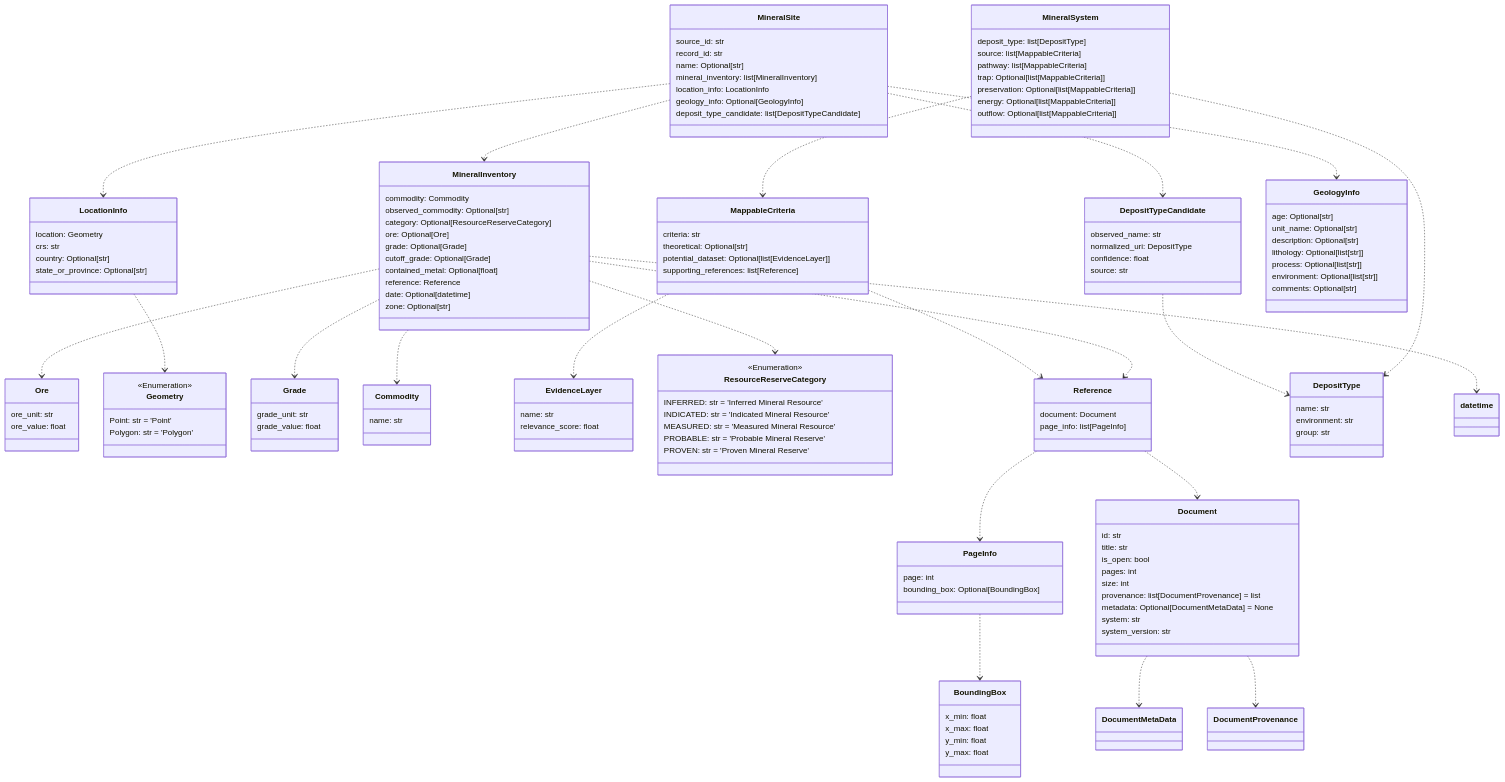
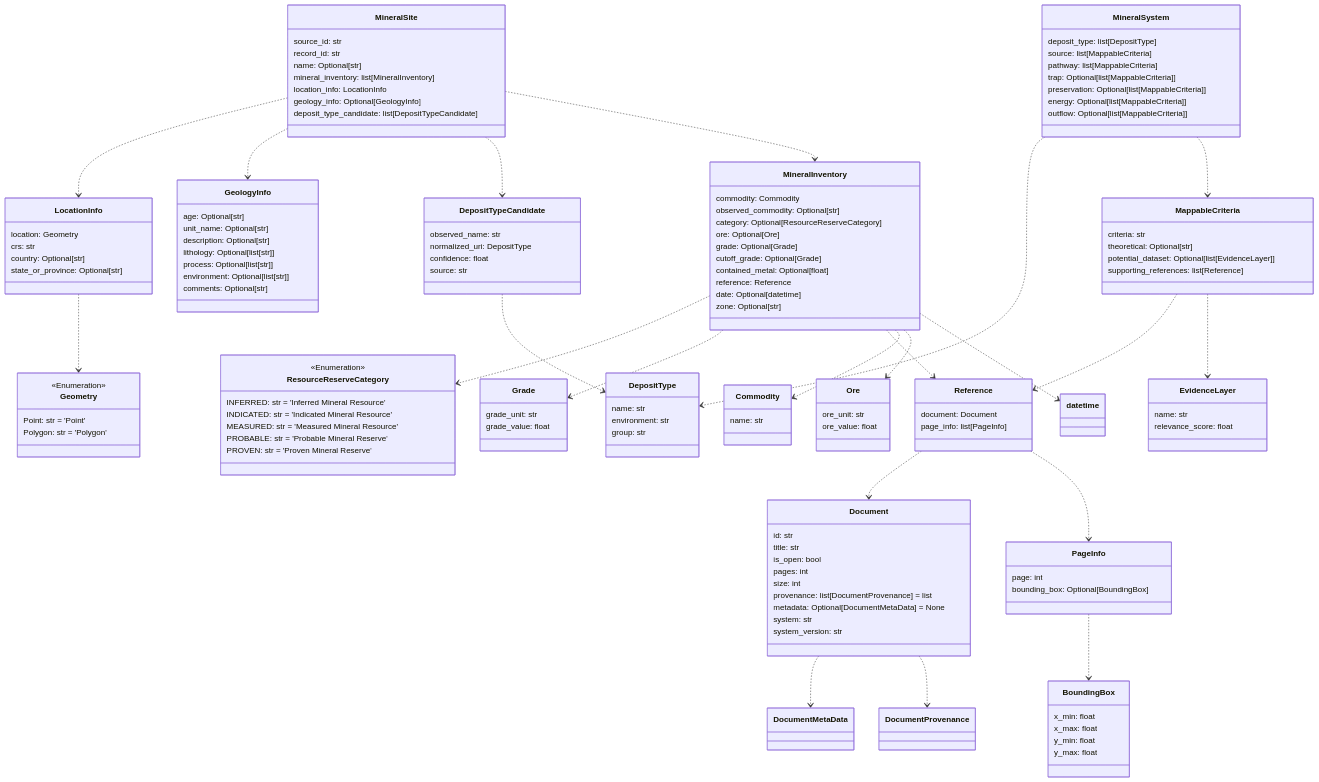
Before and after one commit to DARPA-CRITICALMAAS/cdr_schemas: the tenth of 12 diagrams in README.md, drawn with Mermaid. The commit also changed other lines of this file and 2 other files, not shown here.

````diff
--- a/README.md
+++ b/README.md
@@ -658,69 +659,5 @@
 ```mermaid
 classDiagram
-
-    class MineralSite {
-        source_id: str
-        record_id: str
-        name: Optional[str]
-        mineral_inventory: list[MineralInventory]
-        location_info: LocationInfo
-        geology_info: Optional[GeologyInfo]
-        deposit_type_candidate: list[DepositTypeCandidate]
-    }
-
-    class MappableCriteria {
-        criteria: str
-        theoretical: Optional[str]
-        potential_dataset: Optional[list[EvidenceLayer]]
-        supporting_references: list[Reference]
-    }
-
-    class Ore {
-        ore_unit: str
-        ore_value: float
-    }
-
-    class Geometry {
-        <<Enumeration>>
-        Point: str = 'Point'
-        Polygon: str = 'Polygon'
-    }
-
-    class Grade {
-        grade_unit: str
-        grade_value: float
-    }
-
-    class Commodity {
-        name: str
-    }
-
-    class DepositTypeCandidate {
-        observed_name: str
-        normalized_uri: DepositType
-        confidence: float
-        source: str
-    }
-
-    class MineralSystem {
-        deposit_type: list[DepositType]
-        source: list[MappableCriteria]
-        pathway: list[MappableCriteria]
-        trap: Optional[list[MappableCriteria]]
-        preservation: Optional[list[MappableCriteria]]
-        energy: Optional[list[MappableCriteria]]
-        outflow: Optional[list[MappableCriteria]]
-    }
-
-    class EvidenceLayer {
-        name: str
-        relevance_score: float
-    }
-
-    class PageInfo {
-        page: int
-        bounding_box: Optional[BoundingBox]
-    }
 
     class Document {
         id: str
@@ -732,6 +669,24 @@
         metadata: Optional[DocumentMetaData] = None
         system: str
         system_version: str
+    }
+
+    class Reference {
+        document: Document
+        page_info: list[PageInfo]
+    }
+
+    class Geometry {
+        <<Enumeration>>
+        Point: str = 'Point'
+        Polygon: str = 'Polygon'
+    }
+
+    class BoundingBox {
+        x_min: float
+        x_max: float
+        y_min: float
+        y_max: float
     }
 
     class MineralInventory {
@@ -747,6 +702,16 @@
         zone: Optional[str]
     }
 
+    class MineralSite {
+        source_id: str
+        record_id: str
+        name: Optional[str]
+        mineral_inventory: list[MineralInventory]
+        location_info: LocationInfo
+        geology_info: Optional[GeologyInfo]
+        deposit_type_candidate: list[DepositTypeCandidate]
+    }
+
     class ResourceReserveCategory {
         <<Enumeration>>
         INFERRED: str = 'Inferred Mineral Resource'
@@ -756,16 +721,19 @@
         PROVEN: str = 'Proven Mineral Reserve'
     }
 
-    class BoundingBox {
-        x_min: float
-        x_max: float
-        y_min: float
-        y_max: float
+    class EvidenceLayer {
+        name: str
+        relevance_score: float
     }
 
-    class Reference {
-        document: Document
-        page_info: list[PageInfo]
+    class MineralSystem {
+        deposit_type: list[DepositType]
+        source: list[MappableCriteria]
+        pathway: list[MappableCriteria]
+        trap: Optional[list[MappableCriteria]]
+        preservation: Optional[list[MappableCriteria]]
+        energy: Optional[list[MappableCriteria]]
+        outflow: Optional[list[MappableCriteria]]
     }
 
     class LocationInfo {
@@ -773,12 +741,6 @@
         crs: str
         country: Optional[str]
         state_or_province: Optional[str]
-    }
-
-    class DepositType {
-        name: str
-        environment: str
-        group: str
     }
 
     class GeologyInfo {
@@ -791,27 +753,66 @@
         comments: Optional[str]
     }
 
+    class DepositTypeCandidate {
+        observed_name: str
+        normalized_uri: DepositType
+        confidence: float
+        source: str
+    }
+
+    class Ore {
+        ore_unit: str
+        ore_value: float
+    }
+
+    class PageInfo {
+        page: int
+        bounding_box: Optional[BoundingBox]
+    }
+
+    class DepositType {
+        name: str
+        environment: str
+        group: str
+    }
+
+    class Grade {
+        grade_unit: str
+        grade_value: float
+    }
+
+    class Commodity {
+        name: str
+    }
+
+    class MappableCriteria {
+        criteria: str
+        theoretical: Optional[str]
+        potential_dataset: Optional[list[EvidenceLayer]]
+        supporting_references: list[Reference]
+    }
+
     Document ..> DocumentMetaData
     Document ..> DocumentProvenance
     DepositTypeCandidate ..> DepositType
     PageInfo ..> BoundingBox
+    Reference ..> Document
     Reference ..> PageInfo
-    Reference ..> Document
     MappableCriteria ..> Reference
     MappableCriteria ..> EvidenceLayer
+    MineralSystem ..> DepositType
     MineralSystem ..> MappableCriteria
-    MineralSystem ..> DepositType
-    MineralInventory ..> datetime
-    MineralInventory ..> Ore
     MineralInventory ..> ResourceReserveCategory
     MineralInventory ..> Grade
     MineralInventory ..> Reference
     MineralInventory ..> Commodity
+    MineralInventory ..> Ore
+    MineralInventory ..> datetime
     LocationInfo ..> Geometry
+    MineralSite ..> LocationInfo
+    MineralSite ..> GeologyInfo
     MineralSite ..> DepositTypeCandidate
     MineralSite ..> MineralInventory
-    MineralSite ..> LocationInfo
-    MineralSite ..> GeologyInfo
 
 
 ```
````
